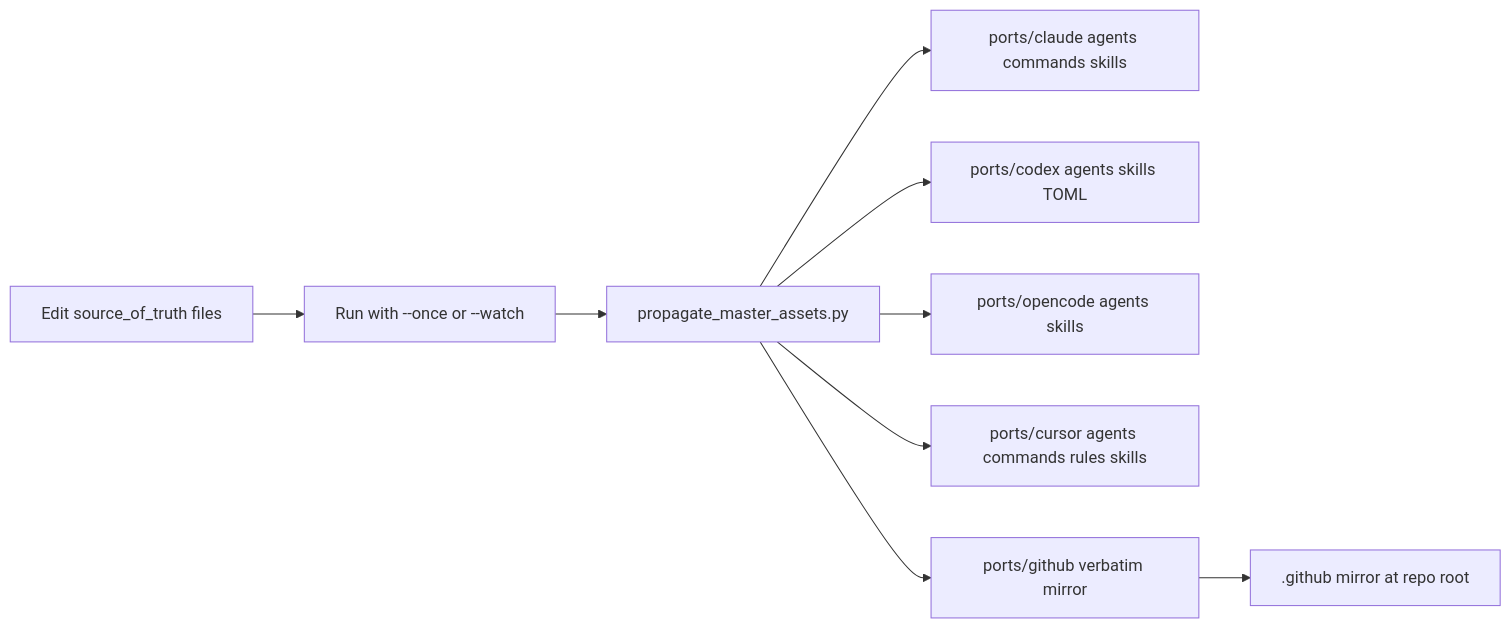
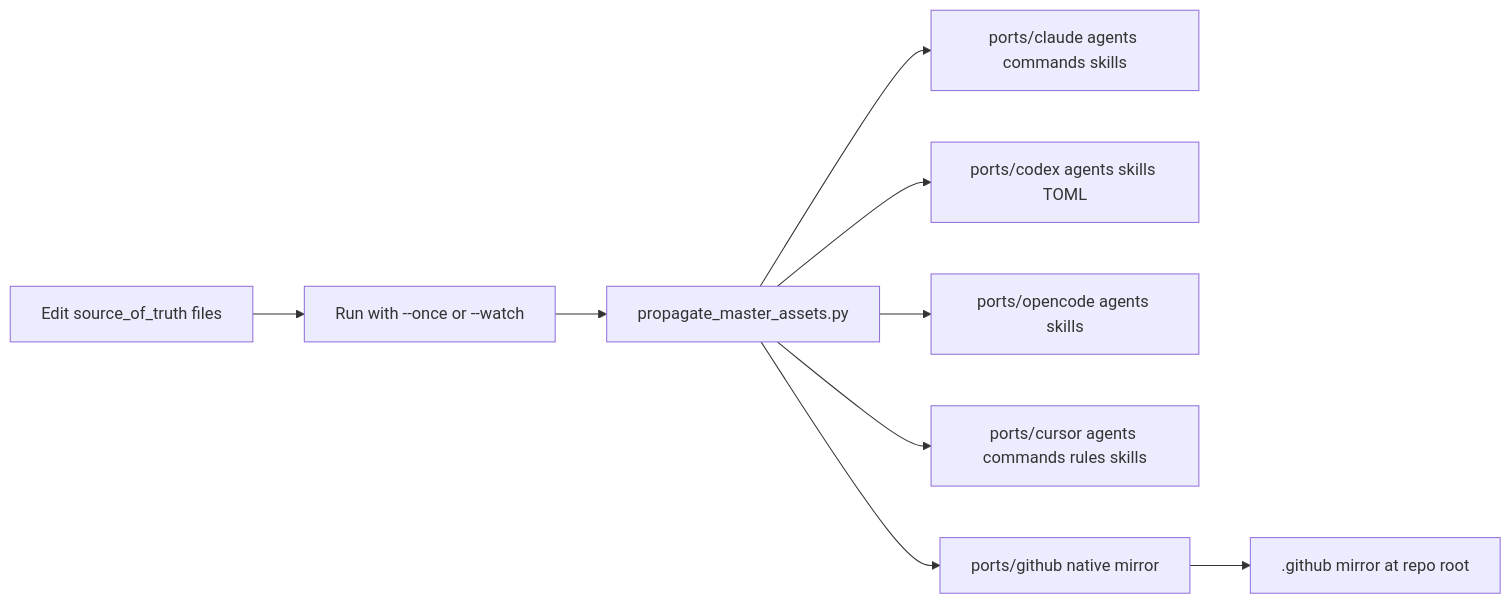
Before and after one commit to threnjen/thren-agentic-workflows: the second of 4 diagrams in docs/ARCHITECTURE.md, drawn with Mermaid. The commit also changed other lines of this file and 867 other files, not shown here.

````diff
--- a/docs/ARCHITECTURE.md
+++ b/docs/ARCHITECTURE.md
@@ -52,11 +52,11 @@
 ```mermaid
 flowchart LR
     Author[Edit source_of_truth files] --> Watcher[Run with --once or --watch]
     Watcher --> Script[propagate_master_assets.py]
     Script --> ClaudeOut[ports/claude agents commands skills]
     Script --> CodexOut[ports/codex agents skills TOML]
     Script --> OpenCodeOut[ports/opencode agents skills]
     Script --> CursorOut[ports/cursor agents commands rules skills]
-    Script --> GithubPort[ports/github verbatim mirror]
+    Script --> GithubPort[ports/github native mirror]
     GithubPort --> DotGithub[.github mirror at repo root]
 ```
````
